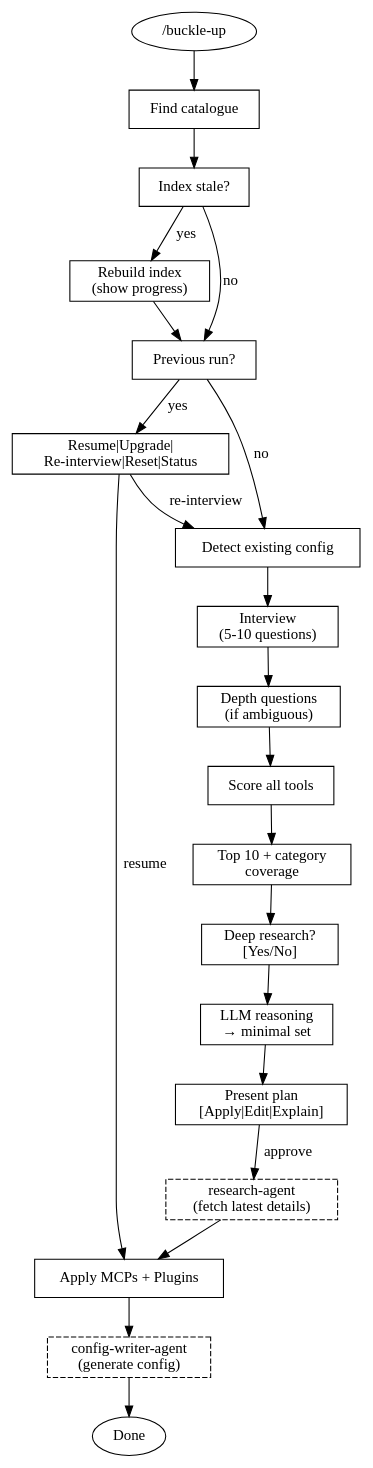
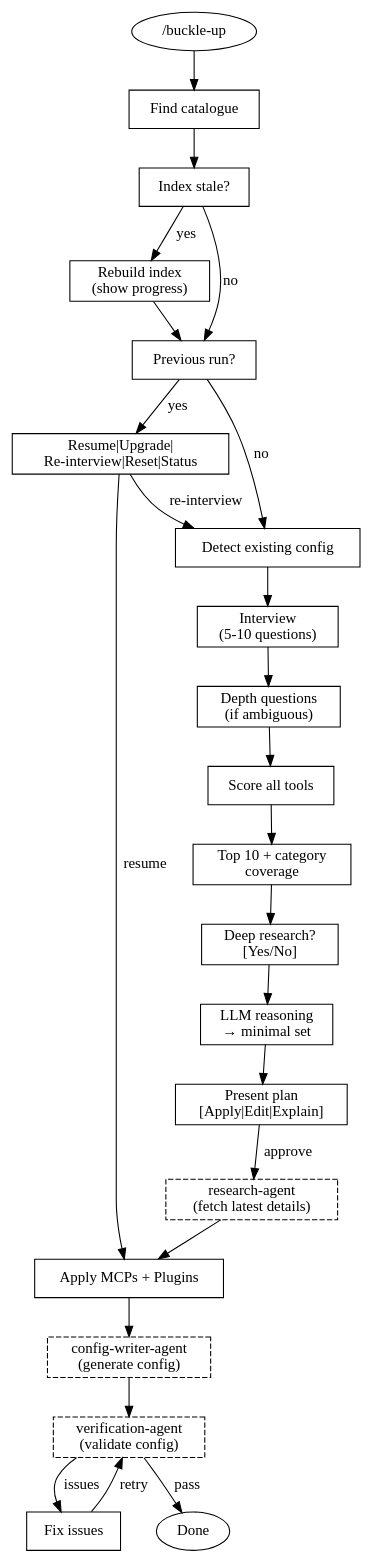
Before and after one commit to razpetel/buckle-up: the diagram in skills/buckle-up/SKILL.md, drawn with Graphviz. The commit also changed other lines of this file and 4 other files, not shown here.

First line of the commit message:
feat: add verification-agent for config validation

````diff
--- a/skills/buckle-up/SKILL.md
+++ b/skills/buckle-up/SKILL.md
@@ -21,49 +21,54 @@
 ```dot
 digraph buckle_up_flow {
   rankdir=TB;
   node [shape=box];
 
   start [label="/buckle-up" shape=ellipse];
   find_cat [label="Find catalogue"];
   check_index [label="Index stale?"];
   rebuild [label="Rebuild index\n(show progress)"];
   check_prev [label="Previous run?"];
   rerun_menu [label="Resume|Upgrade|\nRe-interview|Reset|Status"];
   detect_config [label="Detect existing config"];
   interview [label="Interview\n(5-10 questions)"];
   depth [label="Depth questions\n(if ambiguous)"];
   score [label="Score all tools"];
   top10 [label="Top 10 + category\ncoverage"];
   research [label="Deep research?\n[Yes/No]"];
   reason [label="LLM reasoning\n→ minimal set"];
   present [label="Present plan\n[Apply|Edit|Explain]"];
 
   // Agents (dashed boxes)
   research_agent [label="research-agent\n(fetch latest details)" style=dashed];
   config_agent [label="config-writer-agent\n(generate config)" style=dashed];
+  verify_agent [label="verification-agent\n(validate config)" style=dashed];
 
   apply_tools [label="Apply MCPs + Plugins"];
+  fix_issues [label="Fix issues"];
   done [label="Done" shape=ellipse];
 
   start -> find_cat;
   find_cat -> check_index;
   check_index -> rebuild [label="yes"];
   check_index -> check_prev [label="no"];
   rebuild -> check_prev;
   check_prev -> rerun_menu [label="yes"];
   check_prev -> detect_config [label="no"];
   rerun_menu -> detect_config [label="re-interview"];
   rerun_menu -> apply_tools [label="resume"];
   detect_config -> interview;
   interview -> depth;
   depth -> score;
   score -> top10;
   top10 -> research;
   research -> reason;
   reason -> present;
   present -> research_agent [label="approve"];
   research_agent -> apply_tools;
   apply_tools -> config_agent;
-  config_agent -> done;
+  config_agent -> verify_agent;
+  verify_agent -> done [label="pass"];
+  verify_agent -> fix_issues [label="issues"];
+  fix_issues -> verify_agent [label="retry"];
 }
 ```
````
